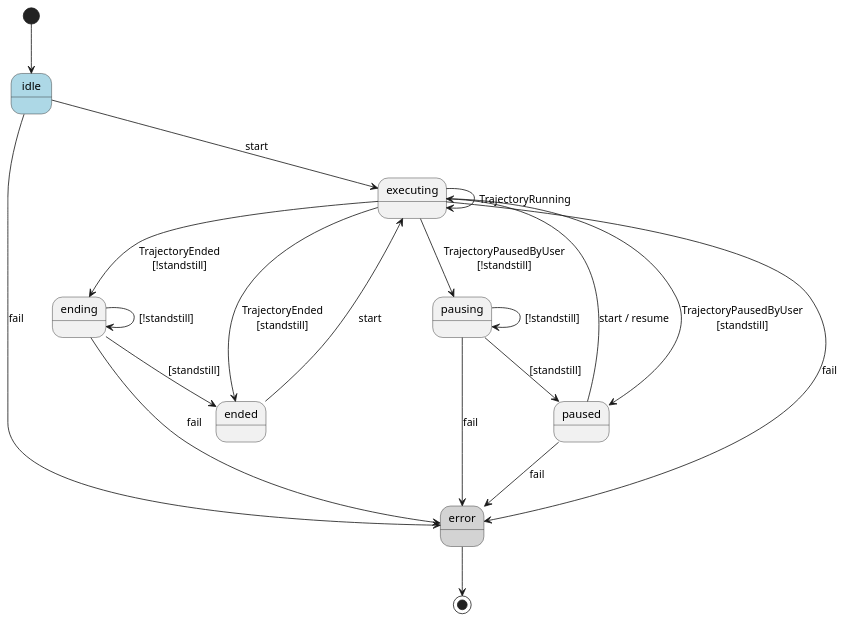
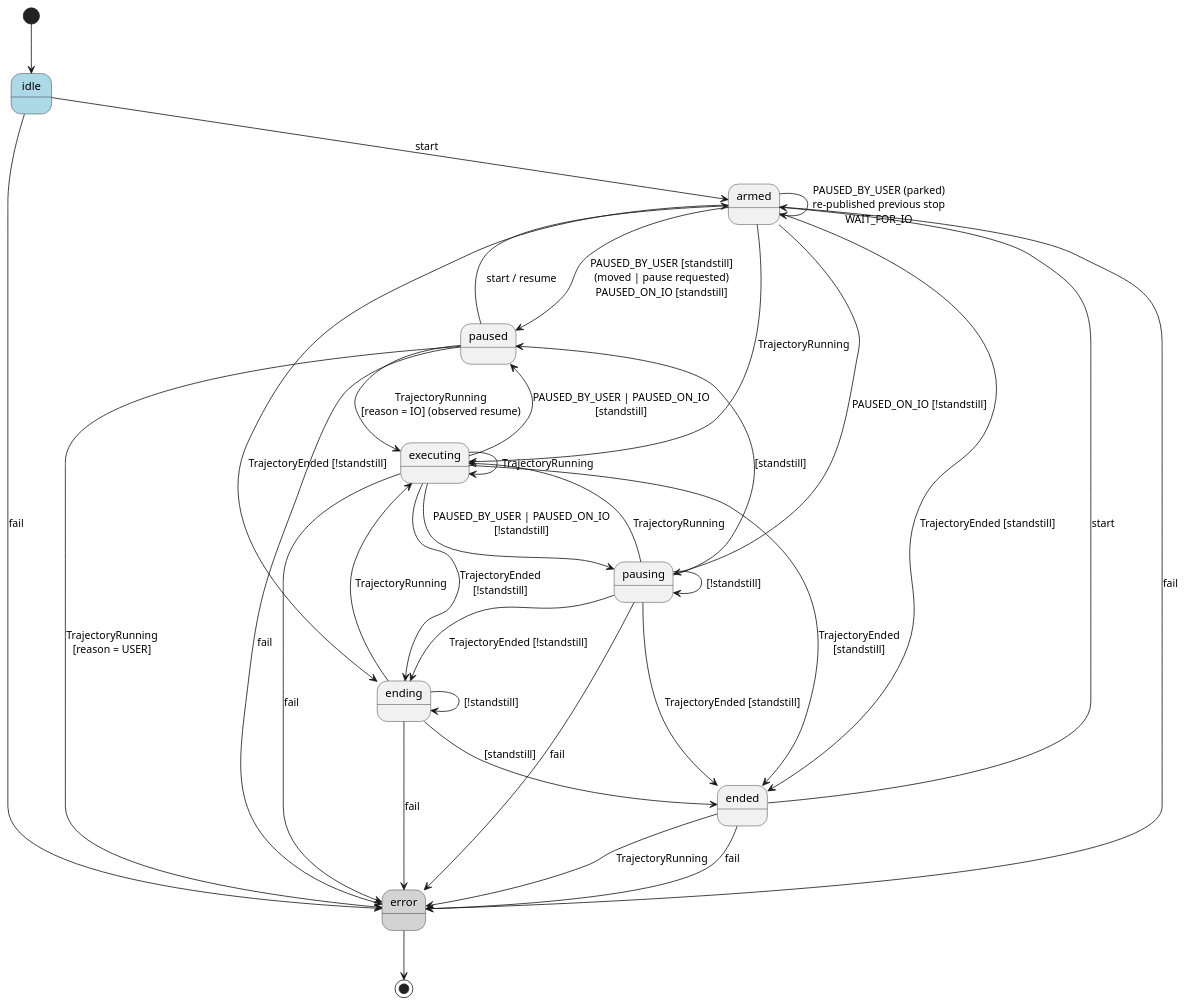
The first of 2 diagrams in nova/cell/movement_controller/README.md (wandelbotsgmbh/wandelbots-nova), drawn with PlantUML before and after one commit. The commit also changed other lines of this file and 13 other files, not shown here.

Commit message:
fix(NDX-944): model armed/transient/rest trajectory states and fail on contradicting frames (#516)

````diff
--- a/nova/cell/movement_controller/README.md
+++ b/nova/cell/movement_controller/README.md
@@ -95,38 +145,55 @@
 ```plantuml
 @startuml TrajectoryExecutionMachine
 skinparam state {
     BackgroundColor<<initial>> LightBlue
     BackgroundColor<<final>> LightGray
 }
 
 [*] --> idle
 
 state idle <<initial>>
 state error <<final>>
 
-idle --> executing : start
-paused --> executing : start / resume
-ended --> executing : start
+idle --> armed : start
+paused --> armed : start / resume
+ended --> armed : start
+
+armed --> armed : PAUSED_BY_USER (parked)\nre-published previous stop\nWAIT_FOR_IO
+armed --> executing : TrajectoryRunning
+armed --> paused : PAUSED_BY_USER [standstill]\n(moved | pause requested)\nPAUSED_ON_IO [standstill]
+armed --> pausing : PAUSED_ON_IO [!standstill]
+armed --> ended : TrajectoryEnded [standstill]
+armed --> ending : TrajectoryEnded [!standstill]
 
 executing --> executing : TrajectoryRunning
 executing --> ended : TrajectoryEnded\n[standstill]
 executing --> ending : TrajectoryEnded\n[!standstill]
-executing --> paused : TrajectoryPausedByUser\n[standstill]
-executing --> pausing : TrajectoryPausedByUser\n[!standstill]
+executing --> paused : PAUSED_BY_USER | PAUSED_ON_IO\n[standstill]
+executing --> pausing : PAUSED_BY_USER | PAUSED_ON_IO\n[!standstill]
 
 ending --> ending : [!standstill]
 ending --> ended : [standstill]
+ending --> executing : TrajectoryRunning
 
 pausing --> pausing : [!standstill]
 pausing --> paused : [standstill]
+pausing --> executing : TrajectoryRunning
+pausing --> ended : TrajectoryEnded [standstill]
+pausing --> ending : TrajectoryEnded [!standstill]
+
+paused --> executing : TrajectoryRunning\n[reason = IO] (observed resume)
+paused --> error : TrajectoryRunning\n[reason = USER]
+ended --> error : TrajectoryRunning
 
 idle --> error : fail
+armed --> error : fail
 executing --> error : fail
 ending --> error : fail
 pausing --> error : fail
 paused --> error : fail
+ended --> error : fail
 
 error --> [*]
 
 @enduml
 ```
````
